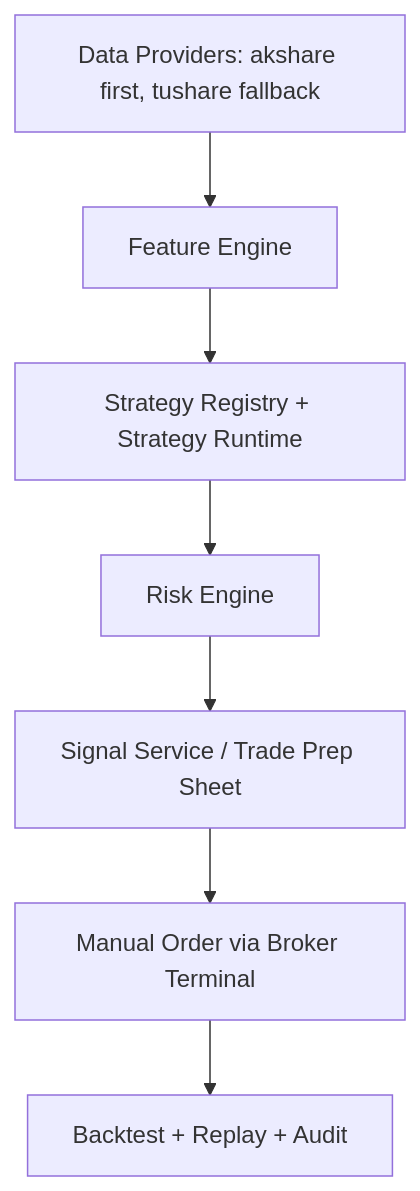
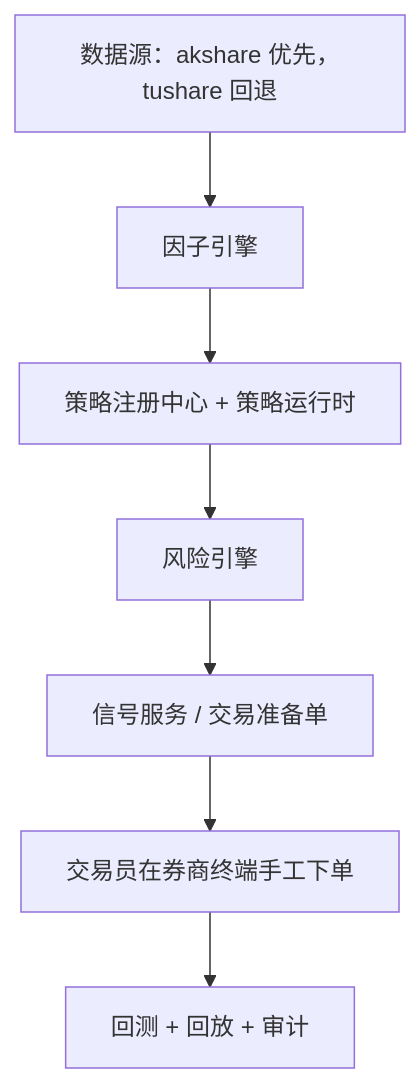
The diagram in docs/architecture.md (luxuanzhao03/Agu), drawn with Mermaid before and after one commit. The commit also changed other lines of this file and 41 other files, not shown here.

````diff
--- a/docs/architecture.md
+++ b/docs/architecture.md
@@ -17,9 +17,9 @@
 ```mermaid
 flowchart TD
-    A[Data Providers: akshare first, tushare fallback] --> B[Feature Engine]
-    B --> C[Strategy Registry + Strategy Runtime]
-    C --> D[Risk Engine]
-    D --> E[Signal Service / Trade Prep Sheet]
-    E --> F[Manual Order via Broker Terminal]
-    F --> G[Backtest + Replay + Audit]
+    A[数据源：akshare 优先，tushare 回退] --> B[因子引擎]
+    B --> C[策略注册中心 + 策略运行时]
+    C --> D[风险引擎]
+    D --> E[信号服务 / 交易准备单]
+    E --> F[交易员在券商终端手工下单]
+    F --> G[回测 + 回放 + 审计]
 ```
````
